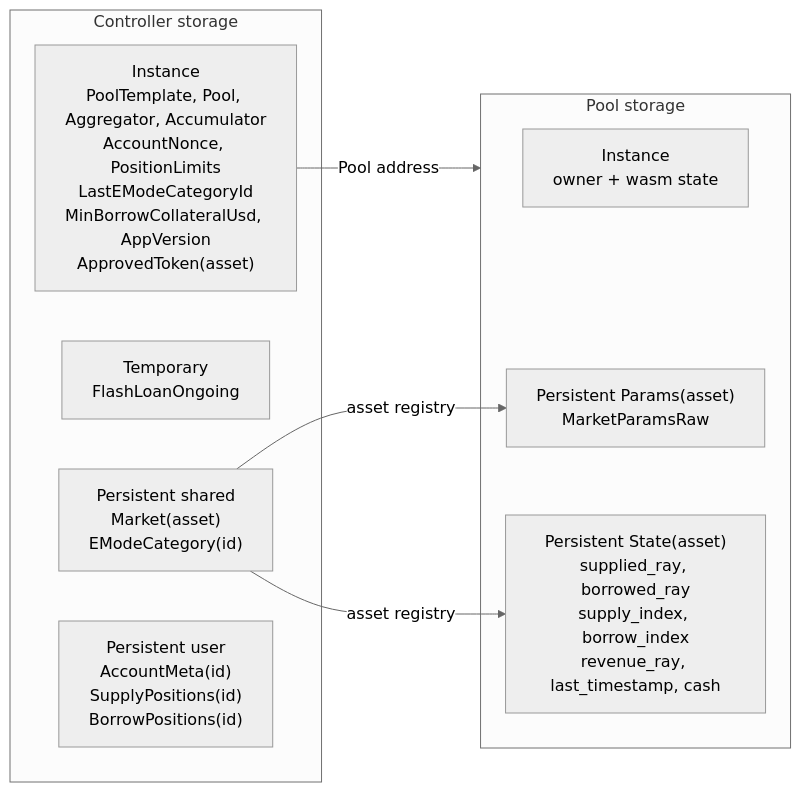
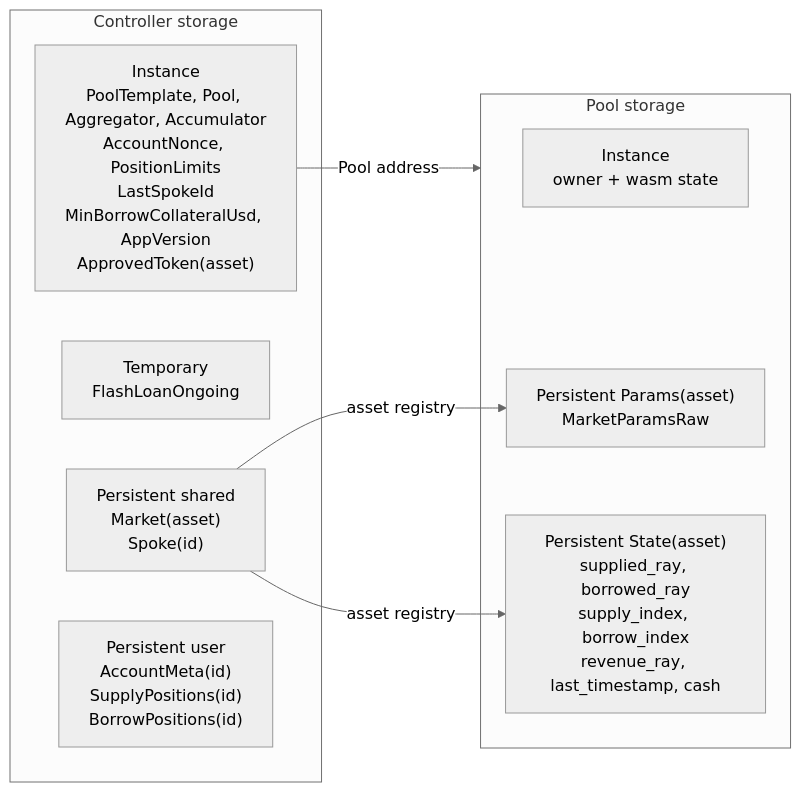
Diagram 12 of 14 in SCF_BUILD_ARCHITECTURE.md (XOXNO/rs-lending-xlm), drawn with Mermaid (neutral theme) before and after one commit. The commit also changed other lines of this file and 7 other files, not shown here.

Commit message:
chore(deploy)!: rename emode -> spoke in deploy tooling + docs (emodes.json->spokes.json, script verbs, Makefile, integration, docs)

````diff
--- a/SCF_BUILD_ARCHITECTURE.md
+++ b/SCF_BUILD_ARCHITECTURE.md
@@ -1014,19 +1014,19 @@
 ```mermaid
 flowchart LR
     subgraph ControllerStorage["Controller storage"]
-        I["Instance<br/>PoolTemplate, Pool, Aggregator, Accumulator<br/>AccountNonce, PositionLimits<br/>LastEModeCategoryId<br/>MinBorrowCollateralUsd, AppVersion<br/>ApprovedToken(asset)"]
+        I["Instance<br/>PoolTemplate, Pool, Aggregator, Accumulator<br/>AccountNonce, PositionLimits<br/>LastSpokeId<br/>MinBorrowCollateralUsd, AppVersion<br/>ApprovedToken(asset)"]
         T["Temporary<br/>FlashLoanOngoing"]
-        M["Persistent shared<br/>Market(asset)<br/>EModeCategory(id)"]
+        M["Persistent shared<br/>Market(asset)<br/>Spoke(id)"]
         U["Persistent user<br/>AccountMeta(id)<br/>SupplyPositions(id)<br/>BorrowPositions(id)"]
     end
 
     subgraph PoolStorage["Pool storage"]
         PI["Instance<br/>owner + wasm state"]
         PS["Persistent Params(asset)<br/>MarketParamsRaw"]
         ST["Persistent State(asset)<br/>supplied_ray, borrowed_ray<br/>supply_index, borrow_index<br/>revenue_ray, last_timestamp, cash"]
     end
 
     I -->|"Pool address"| PoolStorage
     M -->|"asset registry"| PS
     M -->|"asset registry"| ST
 ```
````
